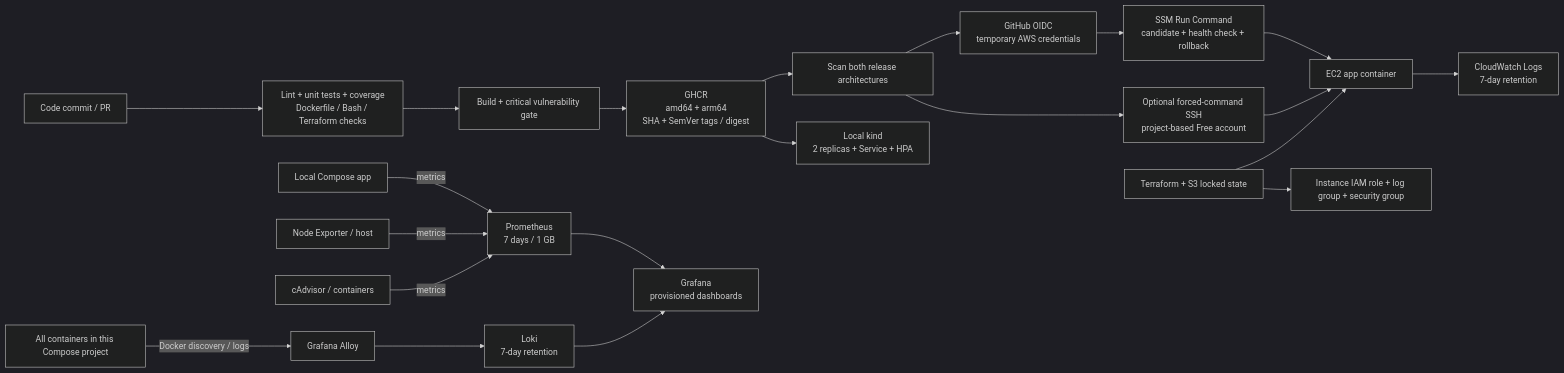
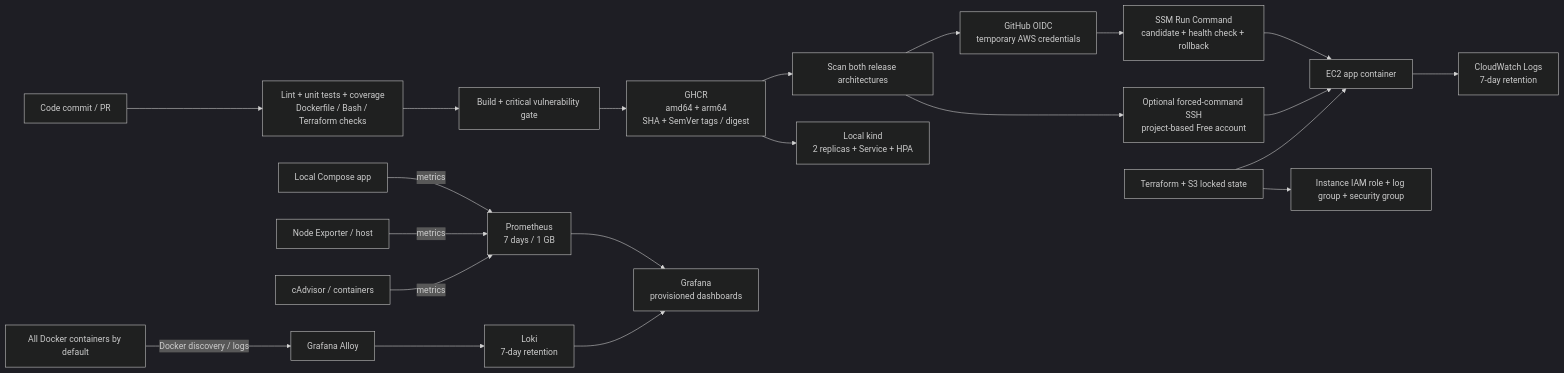
The diagram in README.md (sakibulhaque2002/DevOps-observable-service), drawn with Mermaid (dark theme) before and after one commit. The commit also changed other lines of this file and 11 other files, not shown here.

````diff
--- a/README.md
+++ b/README.md
@@ -25,23 +26,23 @@
 ```mermaid
 flowchart LR
     Commit[Code commit / PR] --> CI[Lint + unit tests + coverage\nDockerfile / Bash / Terraform checks]
     CI --> Scan[Build + critical vulnerability gate]
     Scan --> Registry[GHCR\namd64 + arm64\nSHA + SemVer tags / digest]
     Registry --> ReleaseScan[Scan both release architectures]
     ReleaseScan --> OIDC[GitHub OIDC\ntemporary AWS credentials]
     OIDC --> SSM[SSM Run Command\ncandidate + health check + rollback]
     SSM --> EC2[EC2 app container]
     ReleaseScan --> SSH[Optional forced-command SSH\nproject-based Free account]
     SSH --> EC2
     TF[Terraform + S3 locked state] --> EC2
     TF --> IAM[Instance IAM role + log group + security group]
     EC2 --> CW[CloudWatch Logs\n7-day retention]
     Registry --> K8s[Local kind\n2 replicas + Service + HPA]
     Local[Local Compose app] -->|metrics| Prom[Prometheus\n7 days / 1 GB]
     Node[Node Exporter / host] -->|metrics| Prom
     Cad[cAdvisor / containers] -->|metrics| Prom
-    Containers[All containers in this Compose project] -->|Docker discovery / logs| Alloy[Grafana Alloy]
+    Containers[All Docker containers by default] -->|Docker discovery / logs| Alloy[Grafana Alloy]
     Alloy --> Loki[Loki\n7-day retention]
     Prom --> Grafana[Grafana\nprovisioned dashboards]
     Loki --> Grafana
 ```
````
